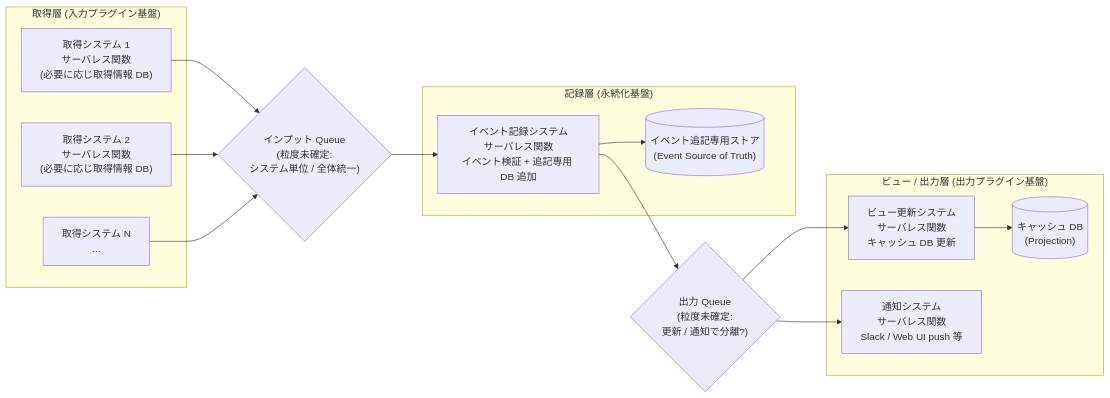
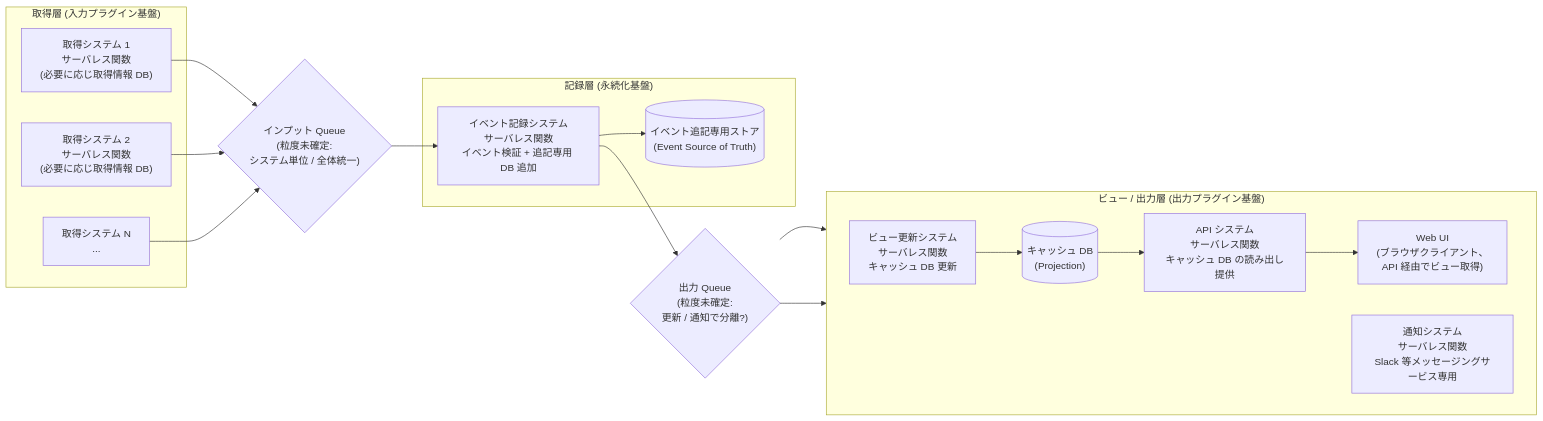
Before and after one commit to totto2727-org/monorepo: the diagram in docs/roadmap/feed-platform/design-hint.md, drawn with Mermaid. The commit also changed other lines of this file, not shown here.

First line of the commit message:
docs(dev-roadmap/feed-platform): refine output flow in design-hint

````diff
--- a/docs/roadmap/feed-platform/design-hint.md
+++ b/docs/roadmap/feed-platform/design-hint.md
@@ -21,33 +21,38 @@
 ```mermaid
 flowchart LR
   subgraph 取得層 ["取得層 (入力プラグイン基盤)"]
     A1["取得システム 1<br/>サーバレス関数<br/>(必要に応じ取得情報 DB)"]
     A2["取得システム 2<br/>サーバレス関数<br/>(必要に応じ取得情報 DB)"]
     AN["取得システム N<br/>..."]
   end
 
   IQ{"インプット Queue<br/>(粒度未確定:<br/>システム単位 / 全体統一)"}
 
   subgraph 記録層 ["記録層 (永続化基盤)"]
     ER["イベント記録システム<br/>サーバレス関数<br/>イベント検証 + 追記専用 DB 追加"]
     ES[("イベント追記専用ストア<br/>(Event Source of Truth)")]
   end
 
   OQ{"出力 Queue<br/>(粒度未確定:<br/>更新 / 通知で分離?)"}
 
-  subgraph ビュー層 ["ビュー / 出力層 (出力プラグイン基盤)"]
+  subgraph ビュー出力層 ["ビュー / 出力層 (出力プラグイン基盤)"]
+    direction LR
     VU["ビュー更新システム<br/>サーバレス関数<br/>キャッシュ DB 更新"]
     VC[("キャッシュ DB<br/>(Projection)")]
-    NT["通知システム<br/>サーバレス関数<br/>Slack / Web UI push 等"]
+    API["API システム<br/>サーバレス関数<br/>キャッシュ DB の読み出し提供"]
+    UI["Web UI<br/>(ブラウザクライアント、<br/>API 経由でビュー取得)"]
+    NT["通知システム<br/>サーバレス関数<br/>Slack 等メッセージングサービス専用"]
   end
 
   A1 --> IQ
   A2 --> IQ
   AN --> IQ
   IQ --> ER
   ER --> ES
   ER --> OQ
   OQ --> VU
   OQ --> NT
   VU --> VC
+  VC --> API
+  API --> UI
 ```
````
